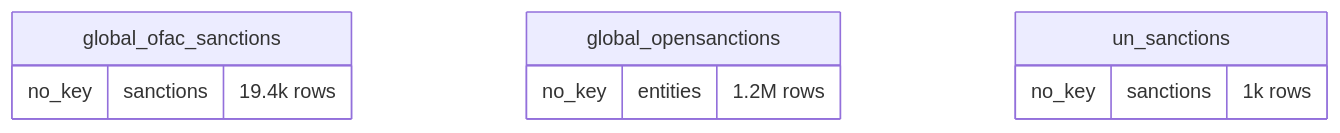
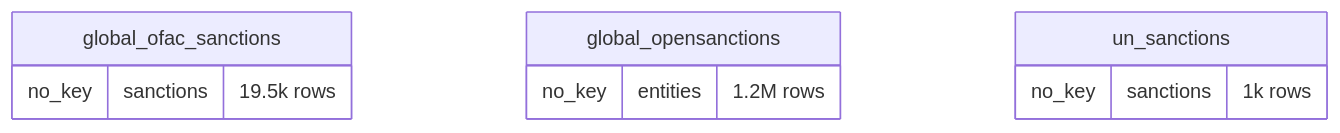
One commit to rafapolo/rodado changed diagram 22 of 37 in docs/mapa/ERD_EN.md. Above: the diagram before and after it, drawn with Mermaid. The commit also changed other lines of this file and 42 other files, not shown here.

````diff
--- a/docs/mapa/ERD_EN.md
+++ b/docs/mapa/ERD_EN.md
@@ -1930,12 +2044,12 @@
 ```mermaid
 erDiagram
     global_ofac_sanctions {
-        no_key sanctions "19.4k rows"
+        no_key sanctions "19.5k rows"
     }
     global_opensanctions {
         no_key entities "1.2M rows"
     }
     un_sanctions {
         no_key sanctions "1k rows"
     }
 ```
````
